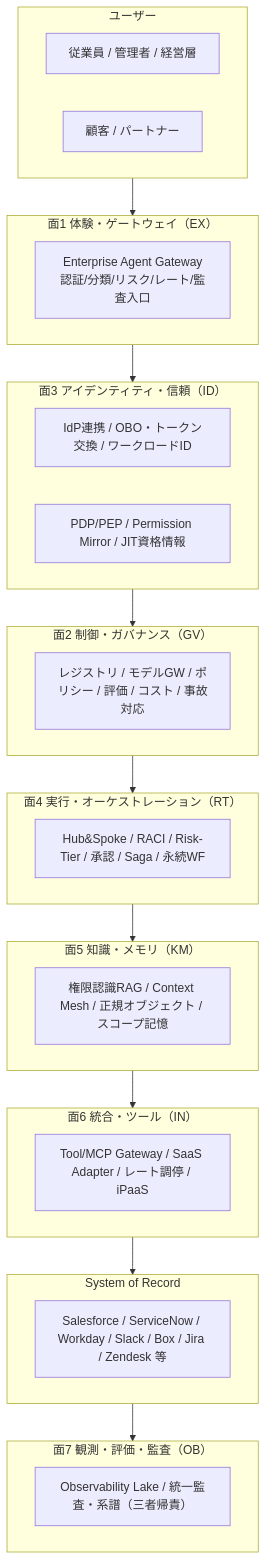
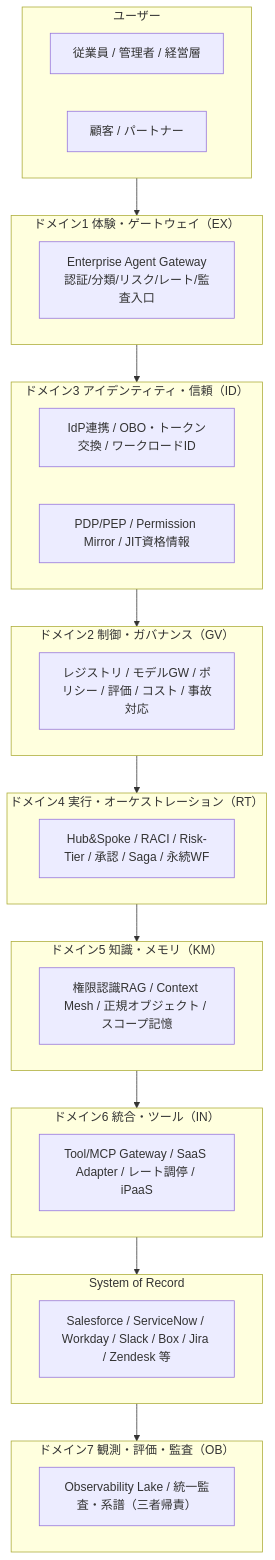
The second of 2 diagrams in docs/overview/agenda.md (shibuiwilliam/enterprise-agent-reference-architectures), drawn with Mermaid before and after one commit. The commit also changed other lines of this file and 261 other files, not shown here.

````diff
--- a/docs/overview/agenda.md
+++ b/docs/overview/agenda.md
@@ -153,49 +153,49 @@
 ```mermaid
 graph TB
     subgraph Users["ユーザー"]
         E[従業員 / 管理者 / 経営層]
         C[顧客 / パートナー]
     end
 
-    subgraph F1["面1 体験・ゲートウェイ（EX）"]
+    subgraph F1["ドメイン1 体験・ゲートウェイ（EX）"]
         GW[Enterprise Agent Gateway<br/>認証/分類/リスク/レート/監査入口]
     end
 
-    subgraph F3["面3 アイデンティティ・信頼（ID）"]
+    subgraph F3["ドメイン3 アイデンティティ・信頼（ID）"]
         IDP[IdP連携 / OBO・トークン交換 / ワークロードID]
         PDP[PDP/PEP / Permission Mirror / JIT資格情報]
     end
 
-    subgraph F2["面2 制御・ガバナンス（GV）"]
+    subgraph F2["ドメイン2 制御・ガバナンス（GV）"]
         GOV[レジストリ / モデルGW / ポリシー / 評価 / コスト / 事故対応]
     end
 
-    subgraph F4["面4 実行・オーケストレーション（RT）"]
+    subgraph F4["ドメイン4 実行・オーケストレーション（RT）"]
         RT[Hub&Spoke / RACI / Risk-Tier / 承認 / Saga / 永続WF]
     end
 
-    subgraph F5["面5 知識・メモリ（KM）"]
+    subgraph F5["ドメイン5 知識・メモリ（KM）"]
         KM[権限認識RAG / Context Mesh / 正規オブジェクト / スコープ記憶]
     end
 
-    subgraph F6["面6 統合・ツール（IN）"]
+    subgraph F6["ドメイン6 統合・ツール（IN）"]
         IN[Tool/MCP Gateway / SaaS Adapter / レート調停 / iPaaS]
     end
 
     subgraph SoR["System of Record"]
         S[Salesforce / ServiceNow / Workday / Slack / Box / Jira / Zendesk 等]
     end
 
-    subgraph F7["面7 観測・評価・監査（OB）"]
+    subgraph F7["ドメイン7 観測・評価・監査（OB）"]
         OB[Observability Lake / 統一監査・系譜（三者帰責）]
     end
 
     Users --> F1
     F1 --> F3
     F3 --> F2
     F2 --> F4
     F4 --> F5
     F5 --> F6
     F6 --> SoR
     SoR --> F7
 ```
````
